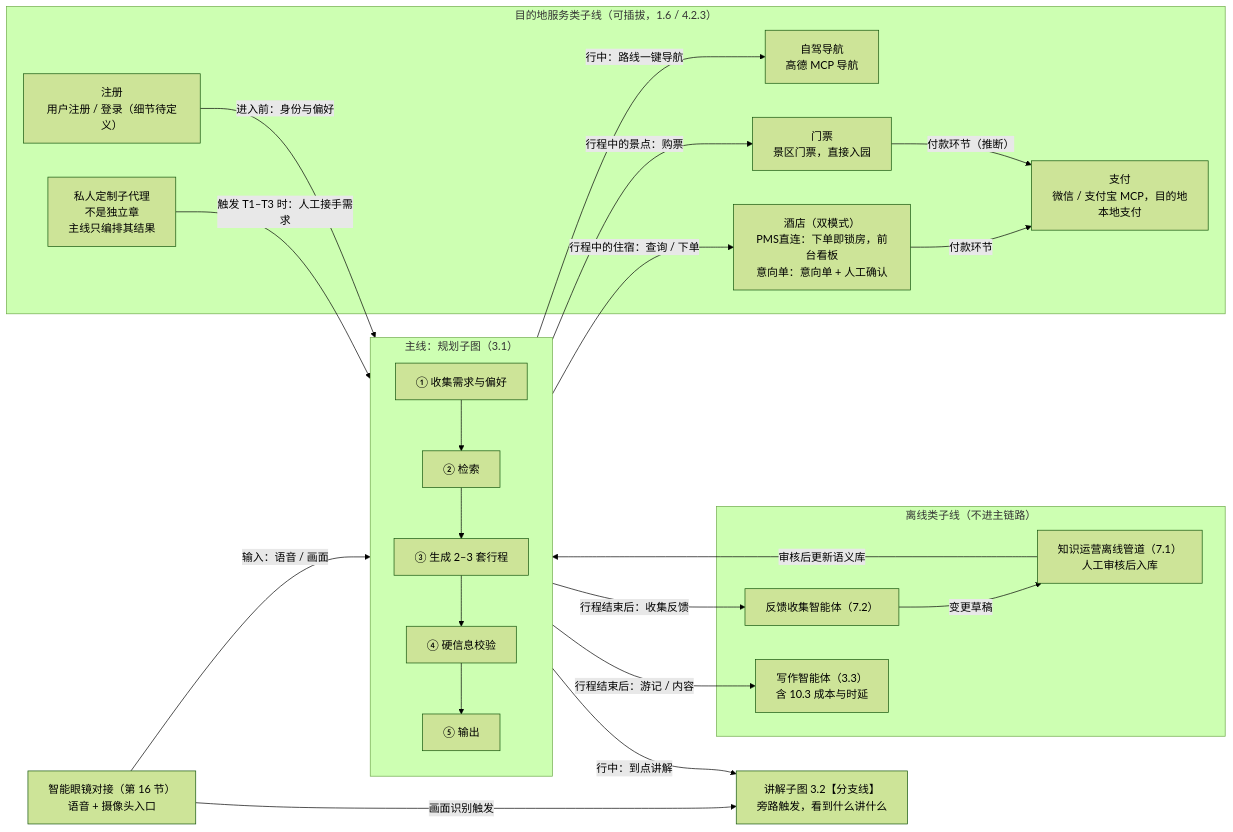
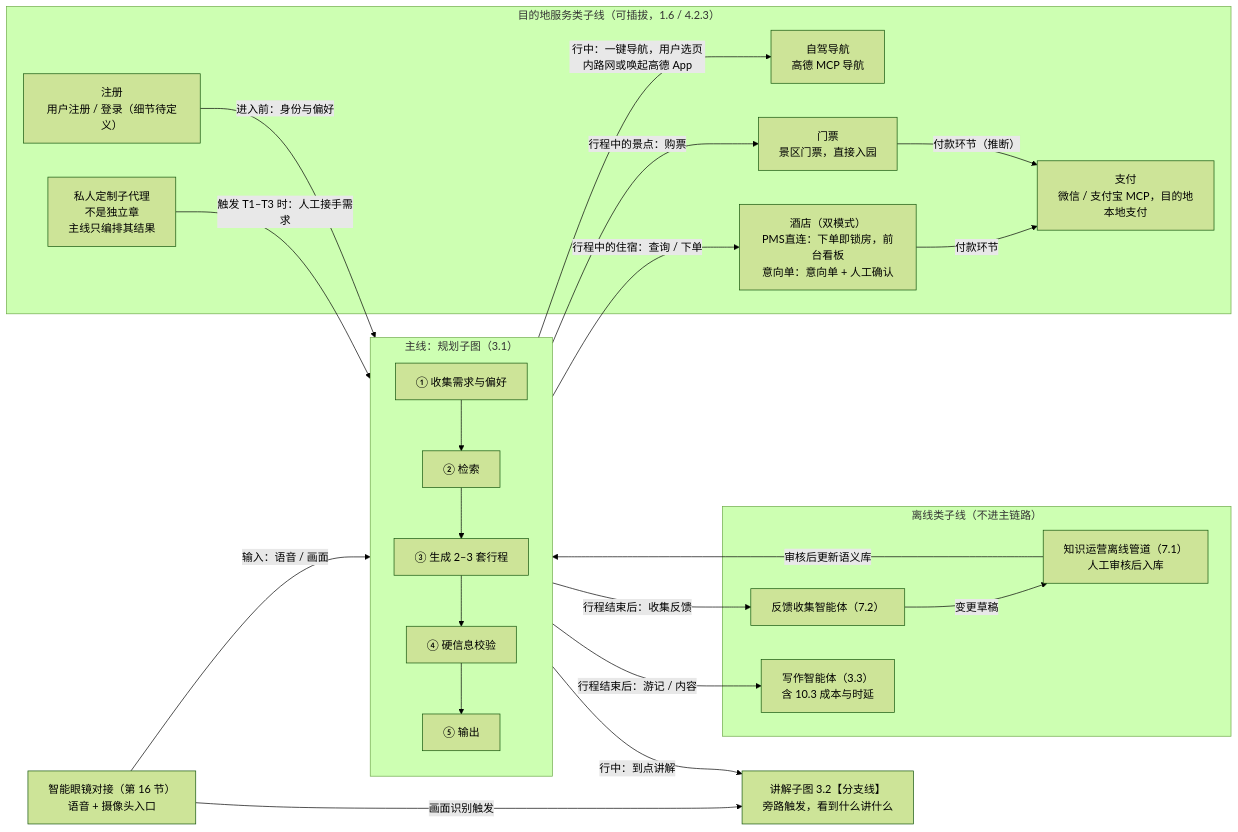
Before and after one commit to montesar15881370-sketch/xiamen-odessia-spec: the second of 8 diagrams in v3-revision-todo.md, drawn with Mermaid (forest theme). The commit also changed other lines of this file and 3 other files, not shown here.

````diff
--- a/v3-revision-todo.md
+++ b/v3-revision-todo.md
@@ -75,46 +76,46 @@
 ```mermaid
 flowchart LR
     subgraph MAIN["主线：规划子图（3.1）"]
         direction TB
         S1["① 收集需求与偏好"]
         S2["② 检索"]
         S3["③ 生成 2–3 套行程"]
         S4["④ 硬信息校验"]
         S5["⑤ 输出"]
         S1 --> S2 --> S3 --> S4 --> S5
     end
 
     BR["讲解子图 3.2【分支线】<br/>旁路触发，看到什么讲什么"]
 
     subgraph DEST["目的地服务类子线（可插拔，1.6 / 4.2.3）"]
         REG["注册<br/>用户注册 / 登录（细节待定义）"]
         HOTEL["酒店（双模式）<br/>PMS直连：下单即锁房，前台看板<br/>意向单：意向单 + 人工确认"]
         PAY["支付<br/>微信 / 支付宝 MCP，目的地本地支付"]
         TICKET["门票<br/>景区门票，直接入园"]
         NAV["自驾导航<br/>高德 MCP 导航"]
         PC["私人定制子代理<br/>不是独立章<br/>主线只编排其结果"]
     end
 
     subgraph OFF["离线类子线（不进主链路）"]
         WR["写作智能体（3.3）<br/>含 10.3 成本与时延"]
         FB["反馈收集智能体（7.2）"]
         KO["知识运营离线管道（7.1）<br/>人工审核后入库"]
     end
 
     GL["智能眼镜对接（第 16 节）<br/>语音 + 摄像头入口"]
 
     REG -- "进入前：身份与偏好" --> S1
     PC -- "触发 T1–T3 时：人工接手需求" --> S1
     S3 -- "行程中的住宿：查询 / 下单" --> HOTEL
     S3 -- "行程中的景点：购票" --> TICKET
     HOTEL -- "付款环节" --> PAY
     TICKET -- "付款环节（推断）" --> PAY
-    S5 -- "行中：路线一键导航" --> NAV
+    S5 -- "行中：一键导航，用户选页内路网或唤起高德 App" --> NAV
     S5 -- "行中：到点讲解" --> BR
     GL -- "输入：语音 / 画面" --> S1
     GL -- "画面识别触发" --> BR
     S5 -- "行程结束后：游记 / 内容" --> WR
     S5 -- "行程结束后：收集反馈" --> FB
     FB -- "变更草稿" --> KO
     KO -- "审核后更新语义库" --> S2
 ```
````
